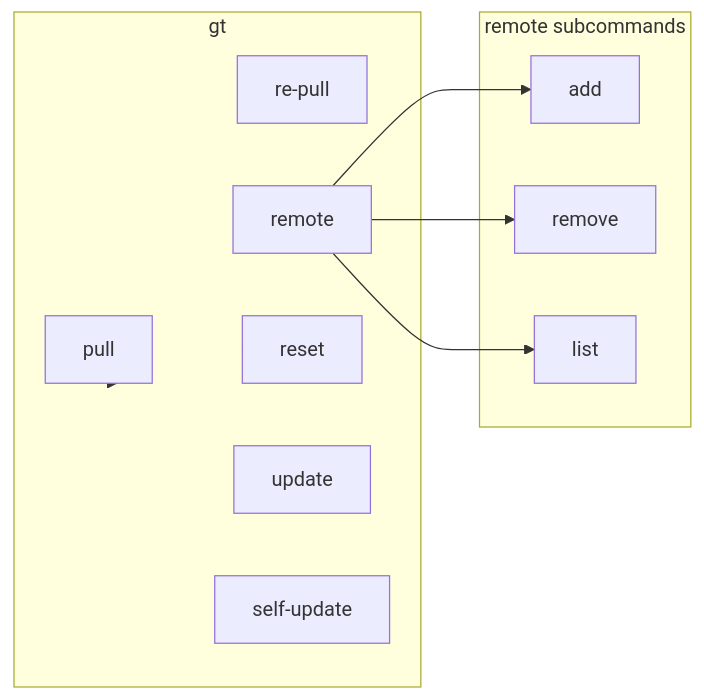
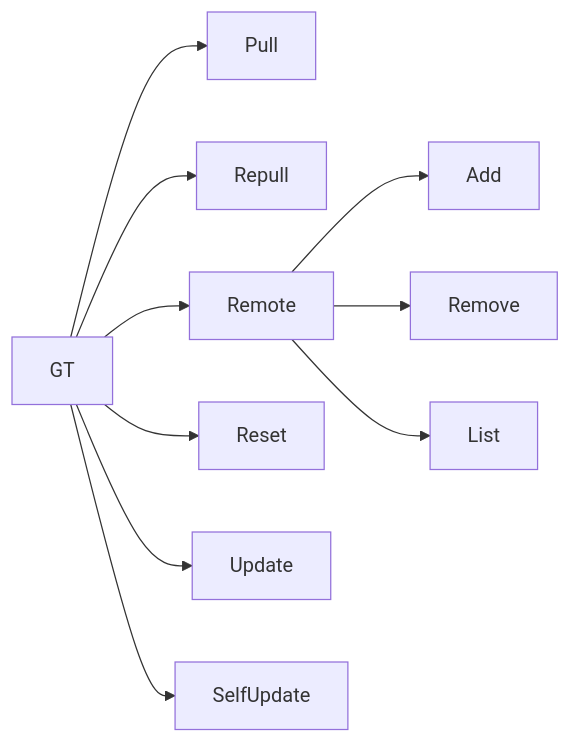
Before and after one commit to tegonal/gt: the second of 2 diagrams in spec/overview.md, drawn with Mermaid. The commit also changed other lines of this file and 3 other files, not shown here.

````diff
--- a/spec/overview.md
+++ b/spec/overview.md
@@ -111,27 +99,12 @@
 ```mermaid
 graph LR
-    subgraph GT[gt]
-        Pull[pull]
-        Repull[re-pull]
-        Remote[remote]
-        Reset[reset]
-        Update[update]
-        SelfUpdate[self-update]
-    end
-
-    subgraph RemoteCommands[remote subcommands]
-        Add[add]
-        Remove[remove]
-        List[list]
-    end
-
     GT --> Pull
     GT --> Repull
     GT --> Remote
     GT --> Reset
     GT --> Update
     GT --> SelfUpdate
     Remote --> Add
     Remote --> Remove
     Remote --> List
 ```
````
